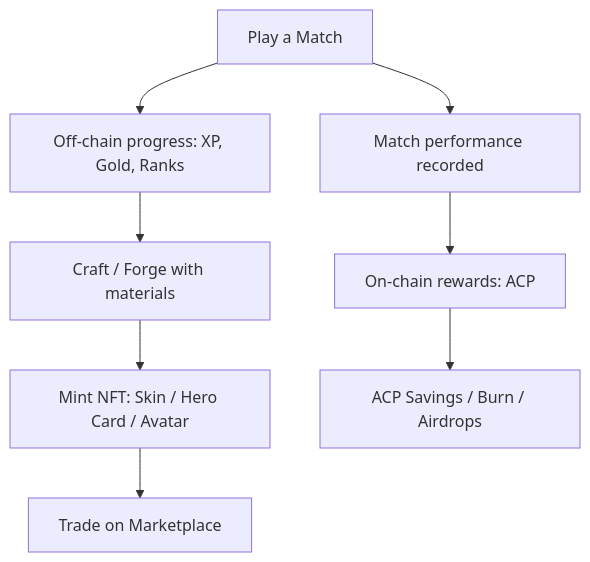
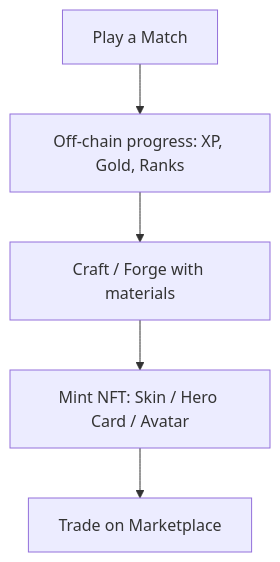
One commit to jinhaozheng/debellum-gitbook changed the diagram in getting-started/core-concepts.md. Above: the diagram before and after it, drawn with Mermaid. The commit also changed other lines of this file and 11 other files, not shown here.

````diff
--- a/getting-started/core-concepts.md
+++ b/getting-started/core-concepts.md
@@ -66,10 +64,7 @@
 ```mermaid
 graph TD
     A[Play a Match] --> B[Off-chain progress: XP, Gold, Ranks]
-    A --> C[Match performance recorded]
-    C --> D[On-chain rewards: ACP]
     B --> E[Craft / Forge with materials]
     E --> F[Mint NFT: Skin / Hero Card / Avatar]
     F --> G[Trade on Marketplace]
-    D --> H[ACP Savings / Burn / Airdrops]
 ```
````
